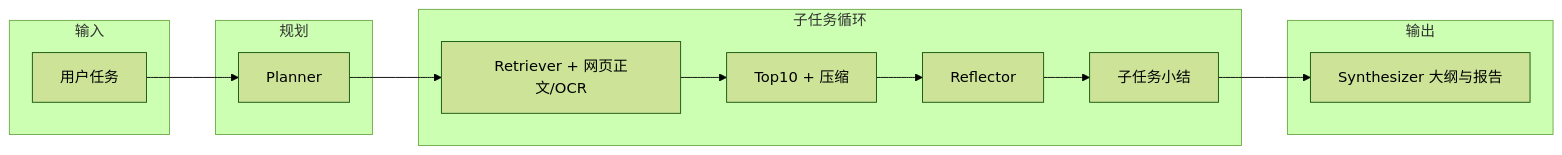
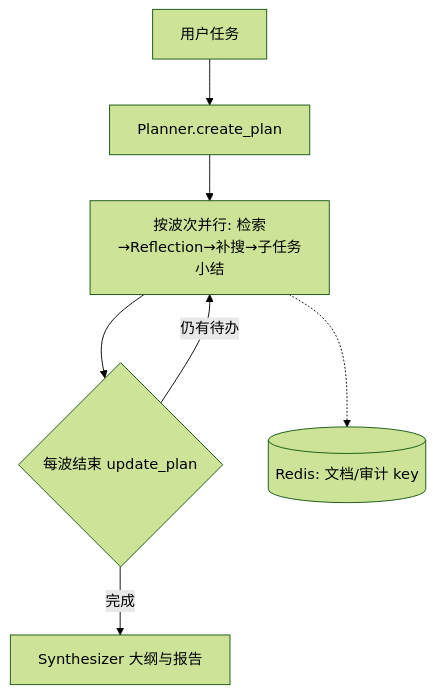
The diagram in README.md (CuiXiong-0961/Deepsearch_frame), drawn with Mermaid (forest theme) before and after one commit. The commit also changed other lines of this file, not shown here.

````diff
--- a/README.md
+++ b/README.md
@@ -23,24 +26,9 @@
 ```mermaid
-flowchart LR
-  subgraph input [输入]
-    T[用户任务]
-  end
-  subgraph plan [规划]
-    P[Planner]
-  end
-  subgraph loop [子任务循环]
-    R[Retriever + 网页正文/OCR]
-    Q[Top10 + 压缩]
-    F[Reflector]
-    S[子任务小结]
-  end
-  subgraph out [输出]
-    Y[Synthesizer 大纲与报告]
-  end
-  T --> P
-  P --> R
-  R --> Q
-  Q --> F
-  F --> S
-  S --> Y
+flowchart TB
+  T[用户任务] --> P[Planner.create_plan]
+  P --> W[按波次并行: 检索→Reflection→补搜→子任务小结]
+  W --> U{每波结束 update_plan}
+  U -->|仍有待办| W
+  U -->|完成| Y[Synthesizer 大纲与报告]
+  W -.-> R[(Redis: 文档/审计 key)]
 ```
````
